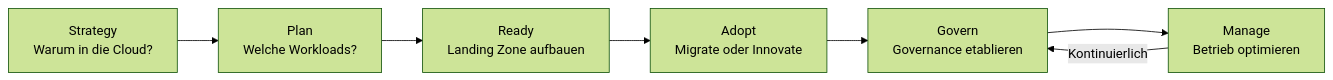
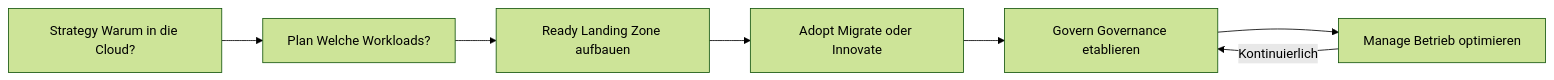
One commit to SoniiiT/notes-n-docs changed the first of 3 diagrams in Microsoft 365/Azure/Grundlagen/Azure Landing Zones.md. Above: the diagram before and after it, drawn with Mermaid (forest theme). The commit also changed other lines of this file and 124 other files, not shown here.

First line of the commit message:
fix: Entferne \n aus allen Mermaid-Diagrammen (125 Dateien)

````diff
--- a/Microsoft 365/Azure/Grundlagen/Azure Landing Zones.md
+++ b/Microsoft 365/Azure/Grundlagen/Azure Landing Zones.md
@@ -45,9 +45,9 @@
 ```mermaid
 graph LR
-    STRAT[Strategy\nWarum in die Cloud?] --> PLAN[Plan\nWelche Workloads?]
-    PLAN --> READY[Ready\nLanding Zone aufbauen]
-    READY --> ADOPT[Adopt\nMigrate oder Innovate]
-    ADOPT --> GOVERN[Govern\nGovernance etablieren]
-    GOVERN --> MANAGE[Manage\nBetrieb optimieren]
+    STRAT[Strategy Warum in die Cloud?] --> PLAN[Plan Welche Workloads?]
+    PLAN --> READY[Ready Landing Zone aufbauen]
+    READY --> ADOPT[Adopt Migrate oder Innovate]
+    ADOPT --> GOVERN[Govern Governance etablieren]
+    GOVERN --> MANAGE[Manage Betrieb optimieren]
     MANAGE -->|Kontinuierlich| GOVERN
 ```
````
